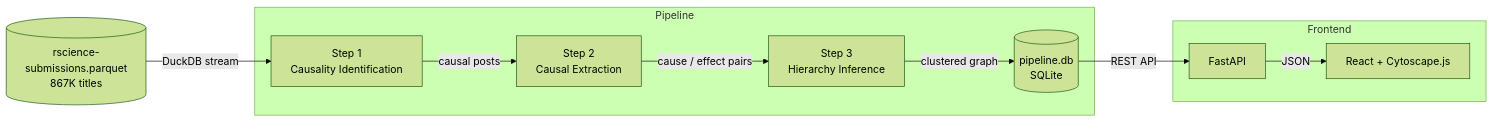
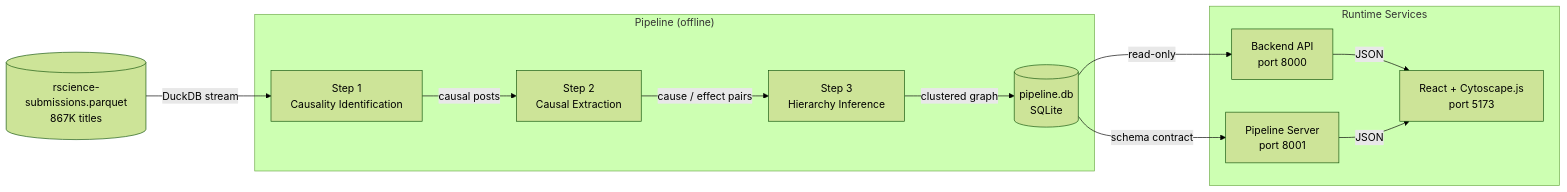
Before and after one commit to TheMrSheldon/causalgraph: the first of 7 diagrams in docs/architecture.md, drawn with Mermaid (forest theme). The commit also changed other lines of this file and 15 other files, not shown here.

Commit message:
separated backend and pipeline

````diff
--- a/docs/architecture.md
+++ b/docs/architecture.md
@@ -9,16 +9,18 @@
 ```mermaid
 flowchart LR
     A[(rscience-submissions.parquet\n867K titles)] -->|DuckDB stream| B
 
-    subgraph Pipeline
+    subgraph Pipeline["Pipeline (offline)"]
         B[Step 1\nCausality Identification] -->|causal posts| C
         C[Step 2\nCausal Extraction] -->|cause / effect pairs| D
         D[Step 3\nHierarchy Inference] -->|clustered graph| E
     end
 
-    E[(pipeline.db\nSQLite)] -->|REST API| F
+    E[(pipeline.db\nSQLite)] -->|read-only| F
+    E -->|schema contract| G
 
-    subgraph Frontend
-        F[FastAPI] -->|JSON| G[React + Cytoscape.js]
+    subgraph Services["Runtime Services"]
+        F[Backend API\nport 8000] -->|JSON| H[React + Cytoscape.js\nport 5173]
+        G[Pipeline Server\nport 8001] -->|JSON| H
     end
 ```
````
